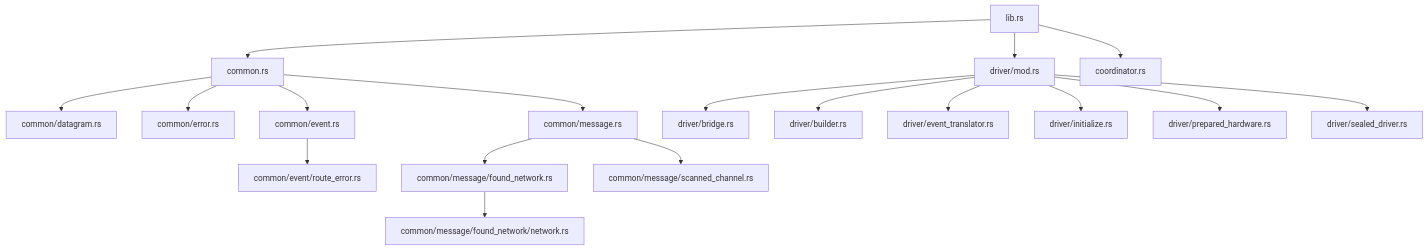
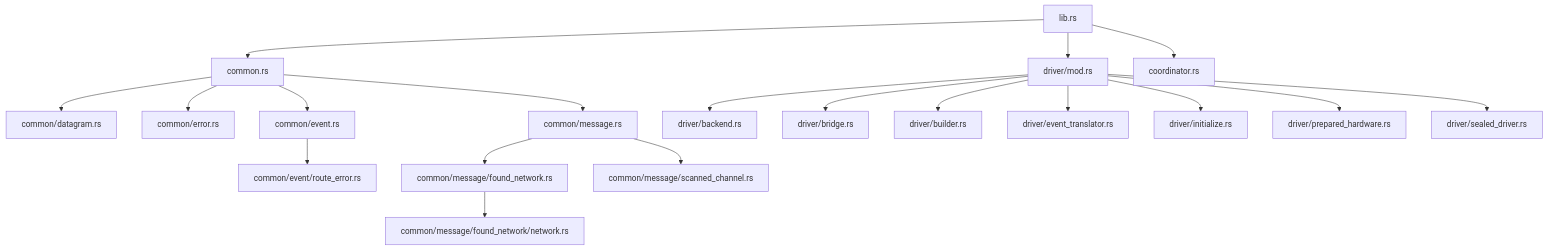
The fourth of 4 diagrams in apis-saltans-hw/ARCHITECTURE.md (PaulmannLighting/apis-saltans), drawn with Mermaid before and after one commit. The commit also changed other lines of this file and 4 other files, not shown here.

````diff
--- a/apis-saltans-hw/ARCHITECTURE.md
+++ b/apis-saltans-hw/ARCHITECTURE.md
@@ -191,20 +199,21 @@
 ```mermaid
 flowchart TD
     lib["lib.rs"] --> common["common.rs"]
     lib --> driver["driver/mod.rs"]
     lib --> coordinator["coordinator.rs"]
     common --> datagram["common/datagram.rs"]
     common --> error["common/error.rs"]
     common --> event["common/event.rs"]
     event --> route_error["common/event/route_error.rs"]
     common --> message["common/message.rs"]
     message --> found_network["common/message/found_network.rs"]
     found_network --> network["common/message/found_network/network.rs"]
     message --> scanned_channel["common/message/scanned_channel.rs"]
+    driver --> backend["driver/backend.rs"]
     driver --> bridge["driver/bridge.rs"]
     driver --> builder["driver/builder.rs"]
     driver --> event_translator["driver/event_translator.rs"]
     driver --> initialize["driver/initialize.rs"]
     driver --> prepared_hardware["driver/prepared_hardware.rs"]
     driver --> sealed_driver["driver/sealed_driver.rs"]
 ```
````
